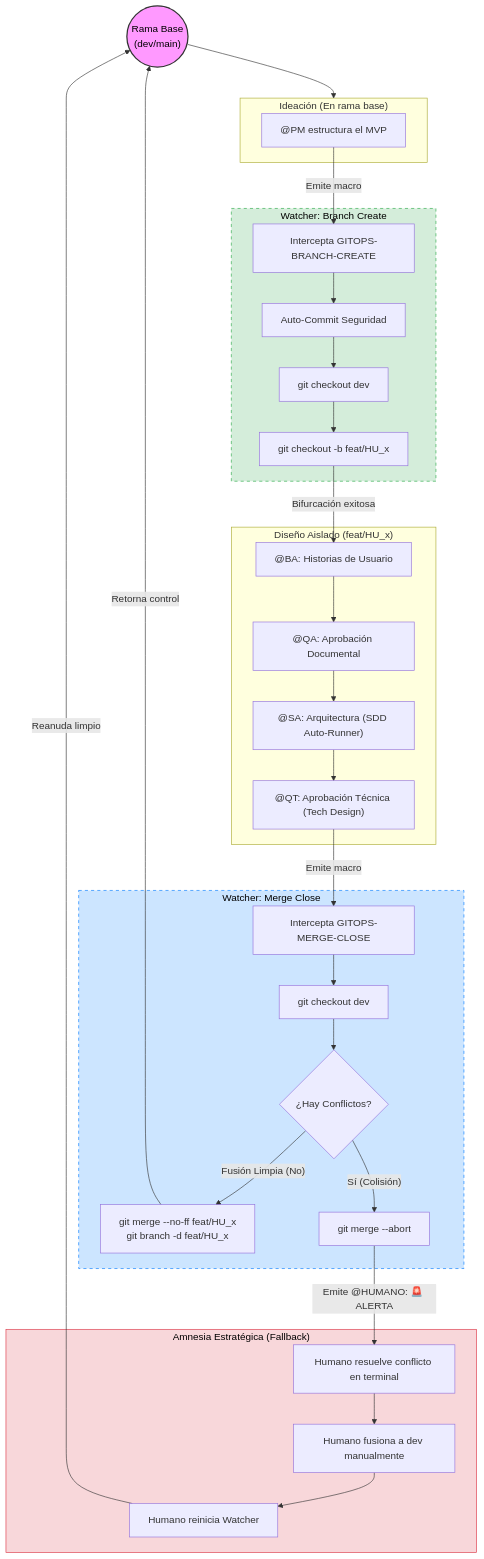
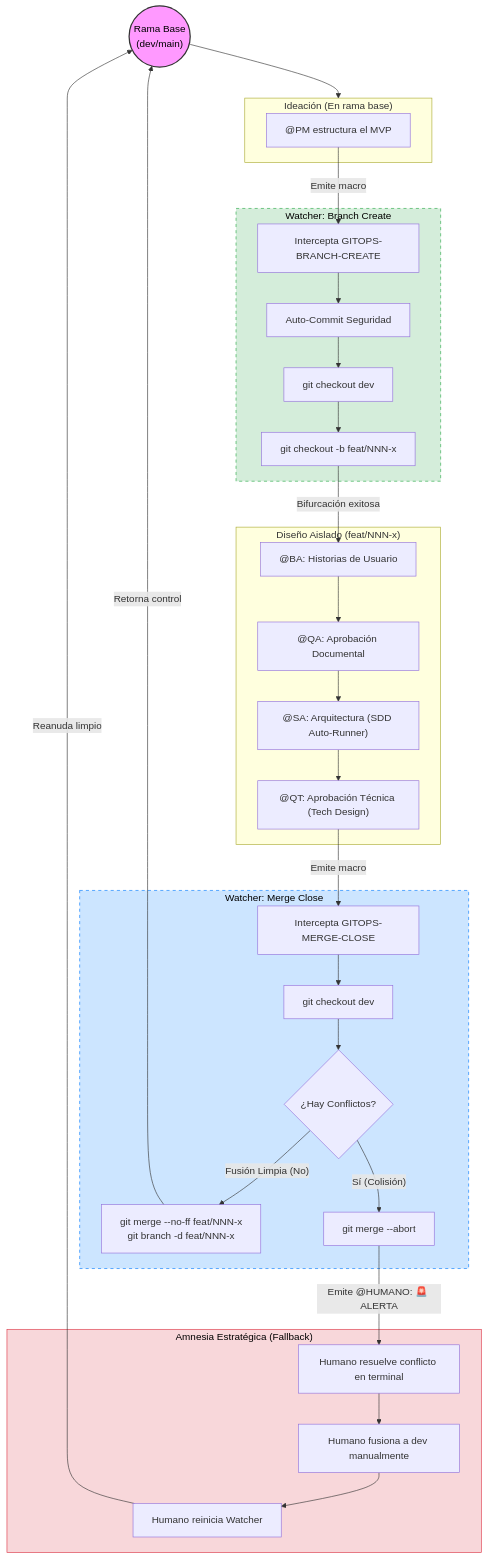
Before and after one commit to pauloravicaceres/tech-work-hub: the fourth of 5 diagrams in framework_bmad.md, drawn with Mermaid. The commit also changed other lines of this file and 397 other files, not shown here.

````diff
--- a/framework_bmad.md
+++ b/framework_bmad.md
@@ -207,57 +207,57 @@
 ```mermaid
 flowchart TD
     DEV(("Rama Base\n(dev/main)"))
     
     subgraph FASE_IDEACION ["Ideación (En rama base)"]
         PM["@PM estructura el MVP"]
     end
     
     subgraph INTERCEPCION_CREATE ["Watcher: Branch Create"]
         W1["Intercepta GITOPS-BRANCH-CREATE"]
         W2["Auto-Commit Seguridad"]
         W3["git checkout dev"]
-        W4["git checkout -b feat/HU_x"]
+        W4["git checkout -b feat/NNN-x"]
     end
     
-    subgraph FASE_DISENO ["Diseño Aislado (feat/HU_x)"]
+    subgraph FASE_DISENO ["Diseño Aislado (feat/NNN-x)"]
         BA["@BA: Historias de Usuario"]
         QA["@QA: Aprobación Documental"]
         SA["@SA: Arquitectura (SDD Auto-Runner)"]
         QT["@QT: Aprobación Técnica (Tech Design)"]
     end
     
     subgraph INTERCEPCION_CLOSE ["Watcher: Merge Close"]
         W5["Intercepta GITOPS-MERGE-CLOSE"]
         W6["git checkout dev"]
         W7{"¿Hay Conflictos?"}
-        W8["git merge --no-ff feat/HU_x\ngit branch -d feat/HU_x"]
+        W8["git merge --no-ff feat/NNN-x\ngit branch -d feat/NNN-x"]
         W9["git merge --abort"]
     end
     
     subgraph HUMANO ["Amnesia Estratégica (Fallback)"]
         H1["Humano resuelve conflicto en terminal"]
         H2["Humano fusiona a dev manualmente"]
         H3["Humano reinicia Watcher"]
     end
     
     DEV --> FASE_IDEACION
     PM -- "Emite macro" --> W1
     W1 --> W2 --> W3 --> W4
     W4 -- "Bifurcación exitosa" --> BA
     BA --> QA --> SA --> QT
     QT -- "Emite macro" --> W5
     W5 --> W6 --> W7
     
     W7 -- "Fusión Limpia (No)" --> W8
     W8 -- "Retorna control" --> DEV
     
     W7 -- "Sí (Colisión)" --> W9
     W9 -- "Emite @HUMANO: 🚨 ALERTA" --> H1
     H1 --> H2 --> H3
     H3 -- "Reanuda limpio" --> DEV
 
     style DEV fill:#f9f,stroke:#333,stroke-width:2px,color:#000
     style INTERCEPCION_CREATE fill:#d4edda,stroke:#28a745,stroke-dasharray: 5 5,color:#000
     style INTERCEPCION_CLOSE fill:#cce5ff,stroke:#007bff,stroke-dasharray: 5 5,color:#000
     style HUMANO fill:#f8d7da,stroke:#dc3545,color:#000
 ```
````
